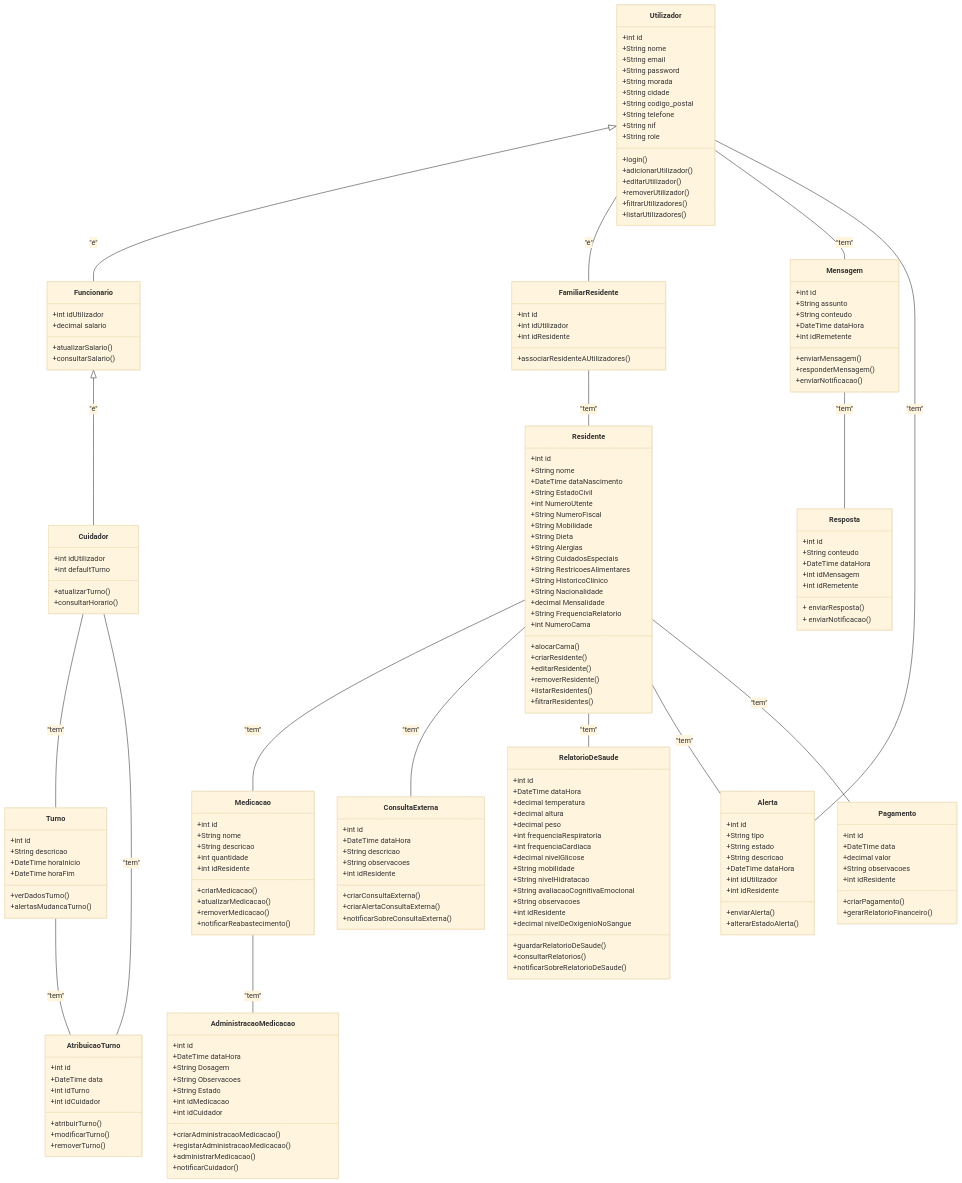
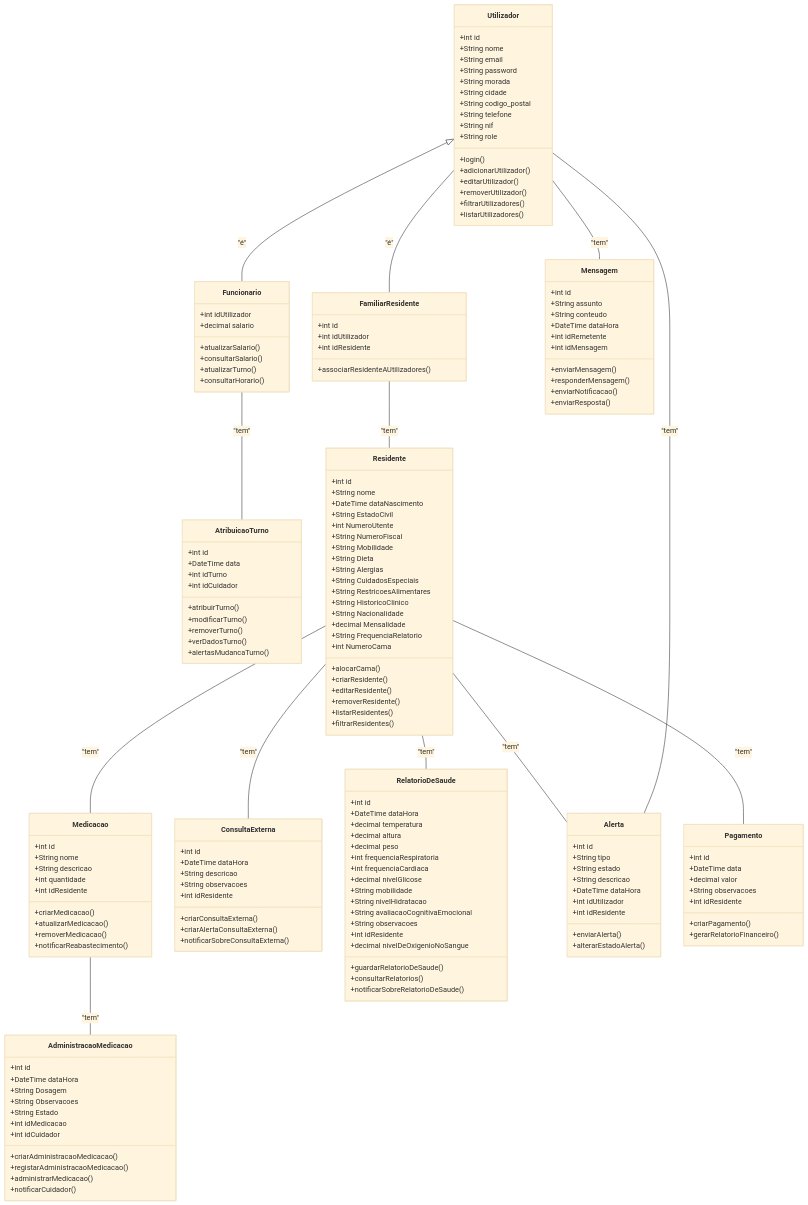
The diagram in DiagramaClasses.md (Pedro-RD/final-docs), drawn with Mermaid (base theme) before and after one commit.

```diff
--- a/DiagramaClasses.md
+++ b/DiagramaClasses.md
@@ -26,22 +26,8 @@
         +decimal salario
         +atualizarSalario()
         +consultarSalario()
-    }
-
-    class Cuidador {
-        +int idUtilizador
-        +int defaultTurno
         +atualizarTurno()
         +consultarHorario()
-    }
-
-    class Turno {
-        +int id
-        +String descricao
-        +DateTime horaInicio
-        +DateTime horaFim
-        +verDadosTurno()
-        +alertasMudancaTurno()
     }
 
     class AtribuicaoTurno {
@@ -52,6 +38,8 @@
         +atribuirTurno()
         +modificarTurno()
         +removerTurno()
+        +verDadosTurno()
+        +alertasMudancaTurno()
     }
 
     class Residente {
@@ -80,12 +68,9 @@
     }
 
     Utilizador <|-- Funcionario : "é"
-    Funcionario <|-- Cuidador : "é"
 
-    Cuidador -- Turno : "tem"
-    Cuidador -- AtribuicaoTurno : "tem"
+    Funcionario -- AtribuicaoTurno : "tem"
 
-    Turno -- AtribuicaoTurno : "tem"
 
     Utilizador -- FamiliarResidente : "é"
     FamiliarResidente -- Residente : "tem"
@@ -98,7 +83,6 @@
     Residente -- RelatorioDeSaude : "tem"
 
     Utilizador -- Mensagem : "tem"
-    Mensagem -- Resposta : "tem"
 
     Alerta -- Utilizador : "tem"
     Residente -- Alerta : "tem"
@@ -174,19 +158,11 @@
         +String conteudo
         +DateTime dataHora
         +int idRemetente
+        +int idMensagem
         +enviarMensagem()
         +responderMensagem()
         +enviarNotificacao()
-    }
-
-    class Resposta {
-        +int id
-        +String conteudo
-        +DateTime dataHora
-        +int idMensagem
-        +int idRemetente
-        + enviarResposta()
-        + enviarNotificacao()
+        +enviarResposta()
     }
 
     class Alerta {
```
